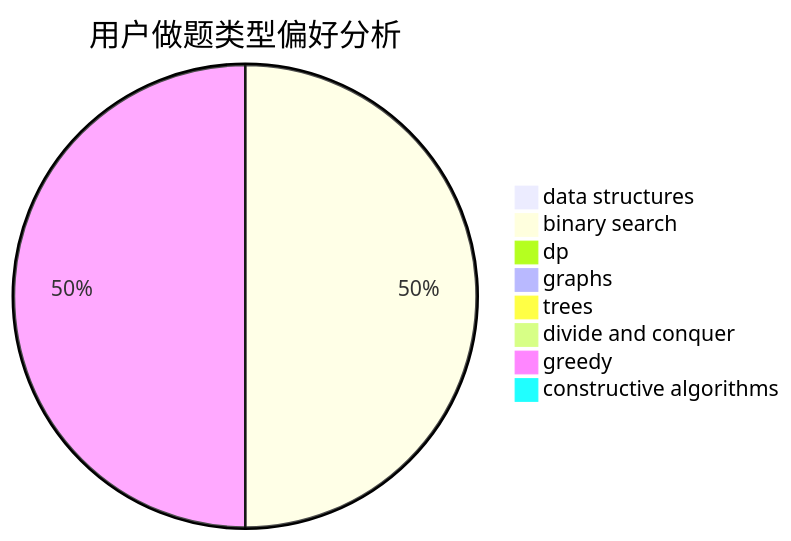
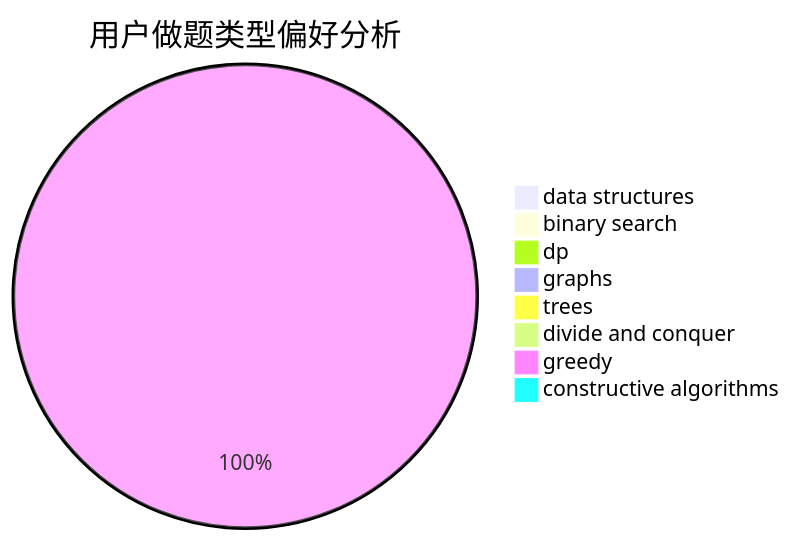
One commit to sherpahu/cfrs.github.io changed the second of 3 diagrams in docs/user/u669.md. Above: the diagram before and after it, drawn with Mermaid. The commit also changed other lines of this file and 2770 other files, not shown here.

````diff
--- a/docs/user/u669.md
+++ b/docs/user/u669.md
@@ -23,11 +23,11 @@
 ```mermaid
 pie title 用户做题类型偏好分析
     "data structures" :  0
-    "binary search" :  4
+    "binary search" :  0
     "dp" :  0
     "graphs" :  0
     "trees" :  0
     "divide and conquer" :  0
-    "greedy" :  4
+    "greedy" :  28
     "constructive algorithms" :  0
 ```
````
